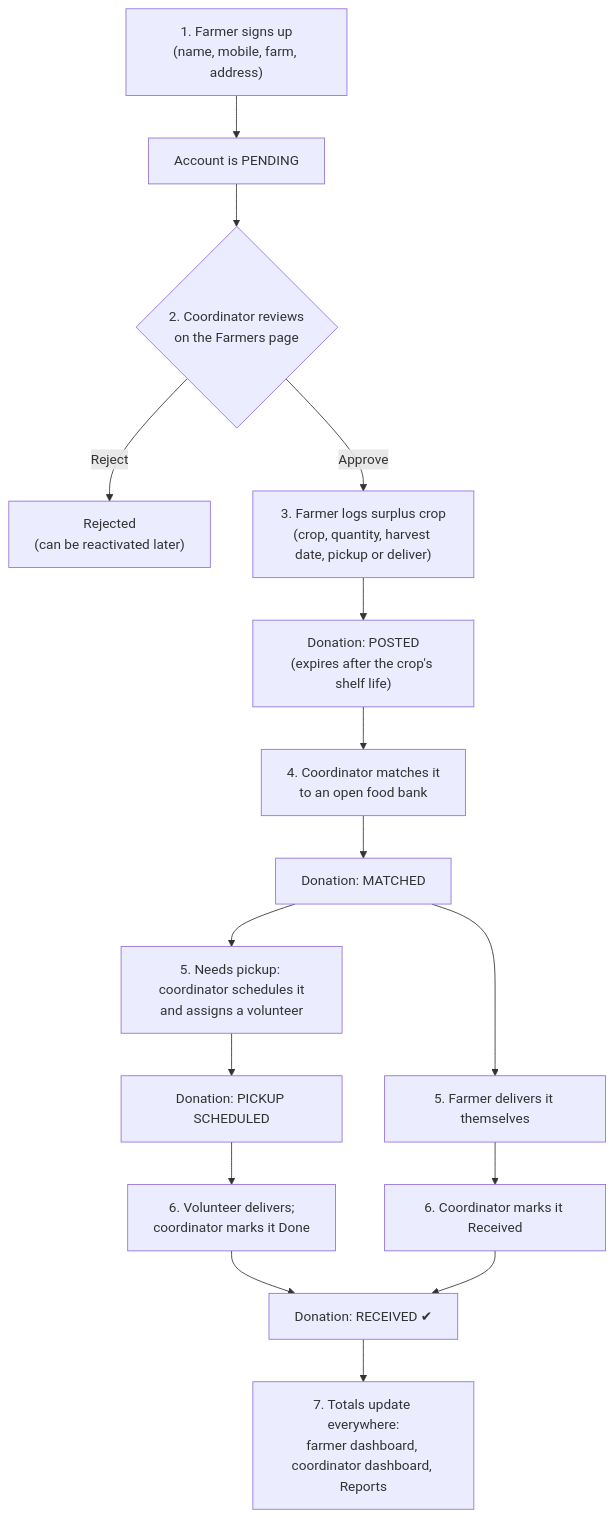
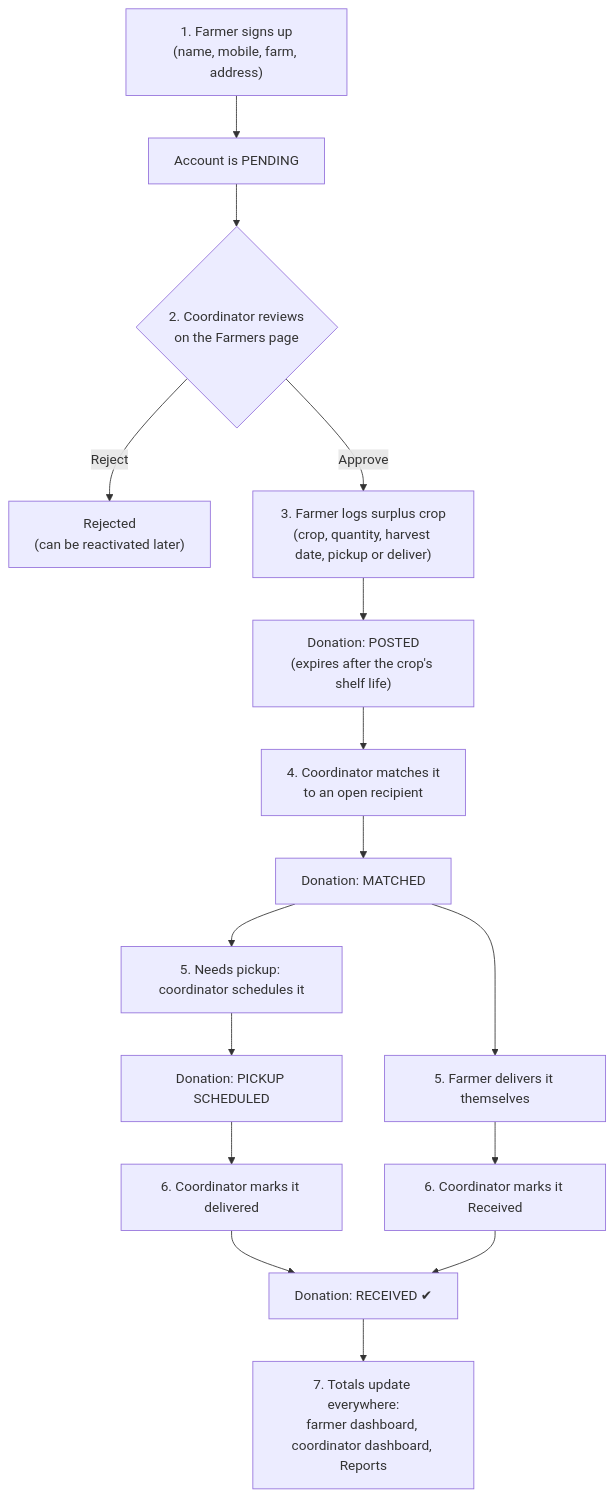
One commit to ritztan/Siloo changed the second of 6 diagrams in README.md. Above: the diagram before and after it, drawn with Mermaid. The commit also changed other lines of this file and 20 other files, not shown here.

````diff
--- a/README.md
+++ b/README.md
@@ -109,18 +108,18 @@
 ```mermaid
 flowchart TD
     A["1. Farmer signs up<br/>(name, mobile, farm, address)"] --> B["Account is PENDING"]
     B --> C{"2. Coordinator reviews<br/>on the Farmers page"}
     C -- Reject --> R["Rejected<br/>(can be reactivated later)"]
     C -- Approve --> D["3. Farmer logs surplus crop<br/>(crop, quantity, harvest date, pickup or deliver)"]
     D --> E["Donation: POSTED<br/>(expires after the crop's shelf life)"]
-    E --> F["4. Coordinator matches it<br/>to an open food bank"]
+    E --> F["4. Coordinator matches it<br/>to an open recipient"]
     F --> G["Donation: MATCHED"]
-    G --> H["5. Needs pickup: coordinator schedules it<br/>and assigns a volunteer"]
+    G --> H["5. Needs pickup: coordinator schedules it"]
     G --> H2["5. Farmer delivers it themselves"]
     H --> I["Donation: PICKUP SCHEDULED"]
-    I --> J["6. Volunteer delivers;<br/>coordinator marks it Done"]
+    I --> J["6. Coordinator marks it delivered"]
     H2 --> J2["6. Coordinator marks it Received"]
     J --> K["Donation: RECEIVED ✔"]
     J2 --> K
     K --> L["7. Totals update everywhere:<br/>farmer dashboard, coordinator dashboard, Reports"]
 ```
````
